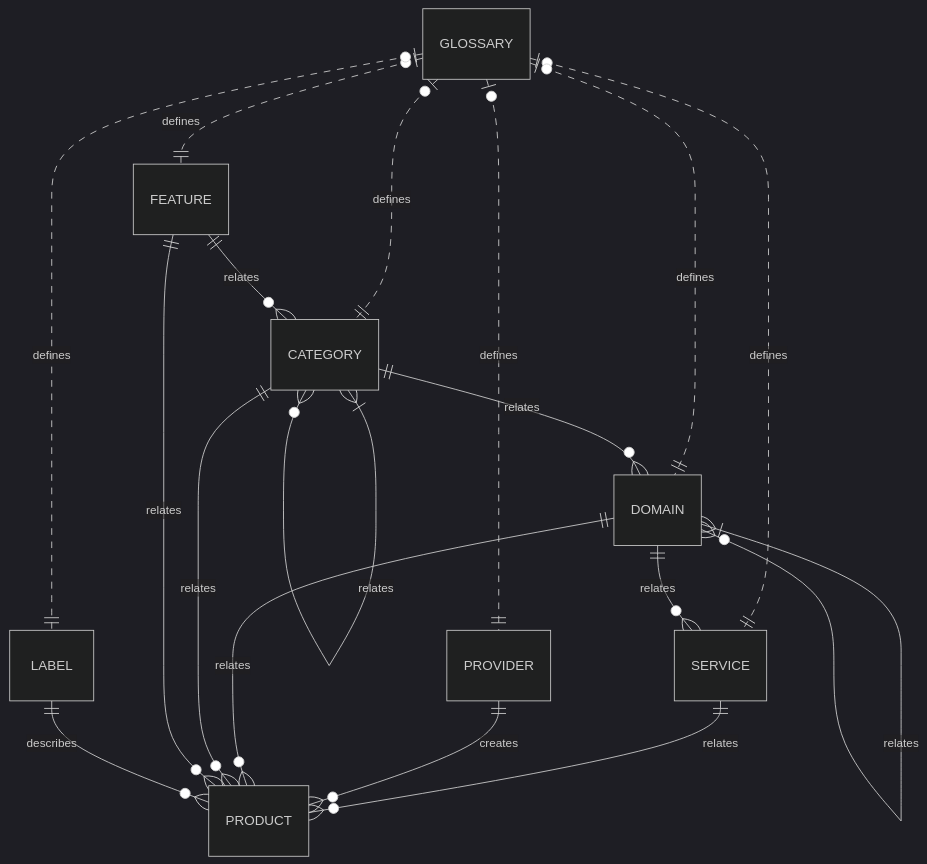
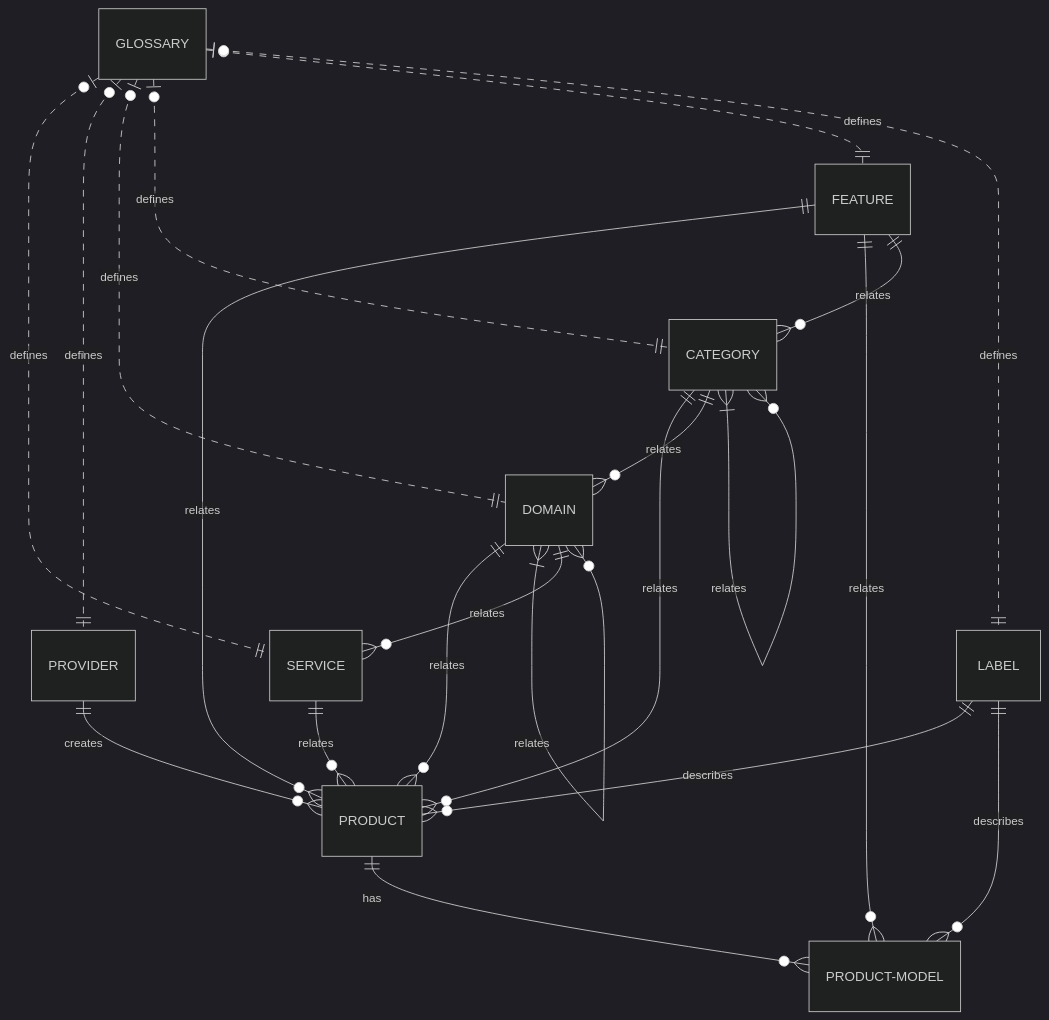
One commit to lexical-cloud/lexical-cloud-docs changed the second of 4 diagrams in en/pages/data-model.md. Above: the diagram before and after it, drawn with Mermaid (dark theme). The commit also changed other lines of this file, not shown here.

Commit message:
added product model to data model page

````diff
--- a/en/pages/data-model.md
+++ b/en/pages/data-model.md
@@ -89,20 +117,23 @@
 ```mermaid
 erDiagram
+    PRODUCT ||--o{ PRODUCT-MODEL : has
     GLOSSARY |o..|| SERVICE : defines
     GLOSSARY |o..|| PROVIDER : defines
     GLOSSARY |o..|| DOMAIN : defines
     GLOSSARY |o..|| CATEGORY : defines
     GLOSSARY |o..|| FEATURE : defines
     GLOSSARY |o..|| LABEL : defines
     SERVICE ||--o{ PRODUCT : relates
     PROVIDER ||--o{ PRODUCT : creates
     DOMAIN ||--o{ PRODUCT : relates
     CATEGORY ||--o{ PRODUCT : relates
     FEATURE ||--o{ PRODUCT : relates
+    FEATURE ||--o{ PRODUCT-MODEL : relates
     LABEL ||--o{ PRODUCT : describes
+    LABEL ||--o{ PRODUCT-MODEL : describes
     DOMAIN }|--o{ DOMAIN : relates
     DOMAIN ||--o{ SERVICE : relates
     CATEGORY ||--o{ DOMAIN : relates
     CATEGORY }|--o{ CATEGORY: relates
     FEATURE ||--o{ CATEGORY : relates
 ```
````
